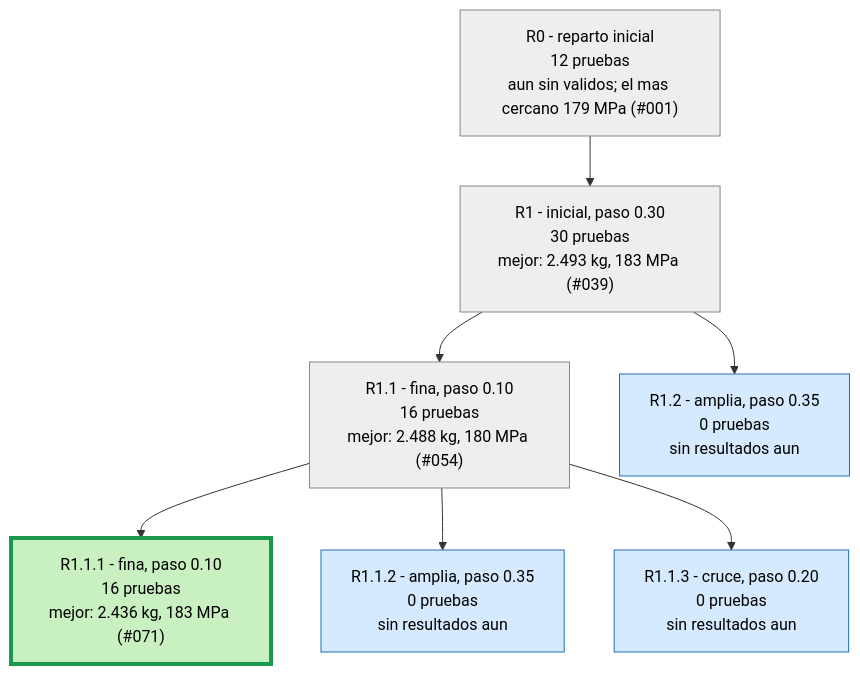
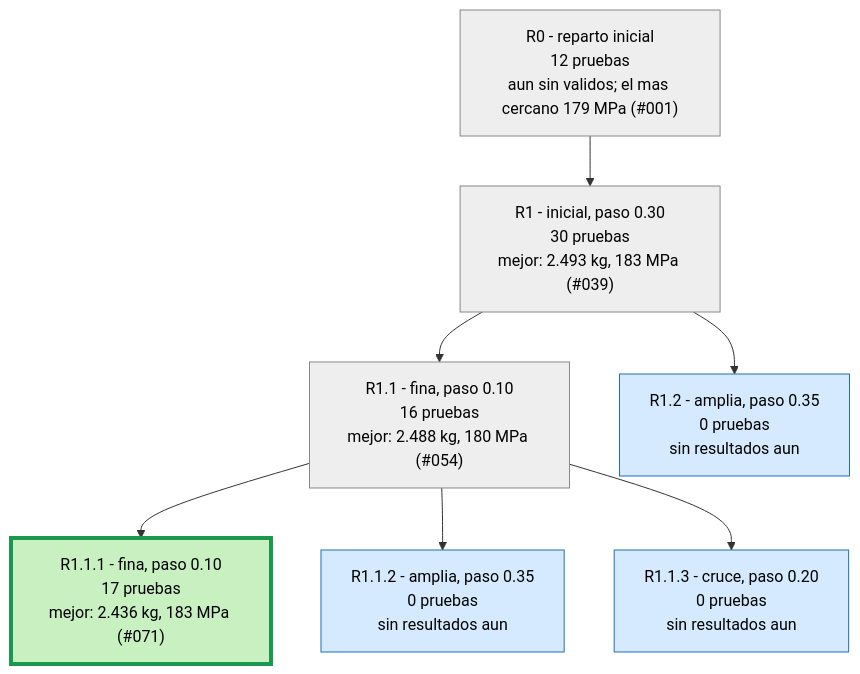
The second of 3 diagrams in runs/opt_37800N/ARBOL.md (Hugiko/msd-soporte-optimizacion), drawn with Mermaid before and after one commit. The commit also changed 14 other files, not shown here.

````diff
--- a/runs/opt_37800N/ARBOL.md
+++ b/runs/opt_37800N/ARBOL.md
@@ -25,19 +25,19 @@
 ```mermaid
 graph TD
 classDef activa fill:#d6eaff,stroke:#1f6fb5,color:#000
 classDef fin fill:#eeeeee,stroke:#888,color:#000
 classDef mejor fill:#c8f0c0,stroke:#1a9850,stroke-width:4px,color:#000
 R0["R0 - reparto inicial<br/>12 pruebas<br/>aun sin validos; el mas cercano 179 MPa (#001)"]:::fin
 R1["R1 - inicial, paso 0.30<br/>30 pruebas<br/>mejor: 2.493 kg, 183 MPa (#039)"]:::fin
 R0 --> R1
 R1_1["R1.1 - fina, paso 0.10<br/>16 pruebas<br/>mejor: 2.488 kg, 180 MPa (#054)"]:::fin
 R1 --> R1_1
 R1_2["R1.2 - amplia, paso 0.35<br/>0 pruebas<br/>sin resultados aun"]:::activa
 R1 --> R1_2
-R1_1_1["R1.1.1 - fina, paso 0.10<br/>16 pruebas<br/>mejor: 2.436 kg, 183 MPa (#071)"]:::mejor
+R1_1_1["R1.1.1 - fina, paso 0.10<br/>17 pruebas<br/>mejor: 2.436 kg, 183 MPa (#071)"]:::mejor
 R1_1 --> R1_1_1
 R1_1_2["R1.1.2 - amplia, paso 0.35<br/>0 pruebas<br/>sin resultados aun"]:::activa
 R1_1 --> R1_1_2
 R1_1_3["R1.1.3 - cruce, paso 0.20<br/>0 pruebas<br/>sin resultados aun"]:::activa
 R1_1 --> R1_1_3
 ```
````
